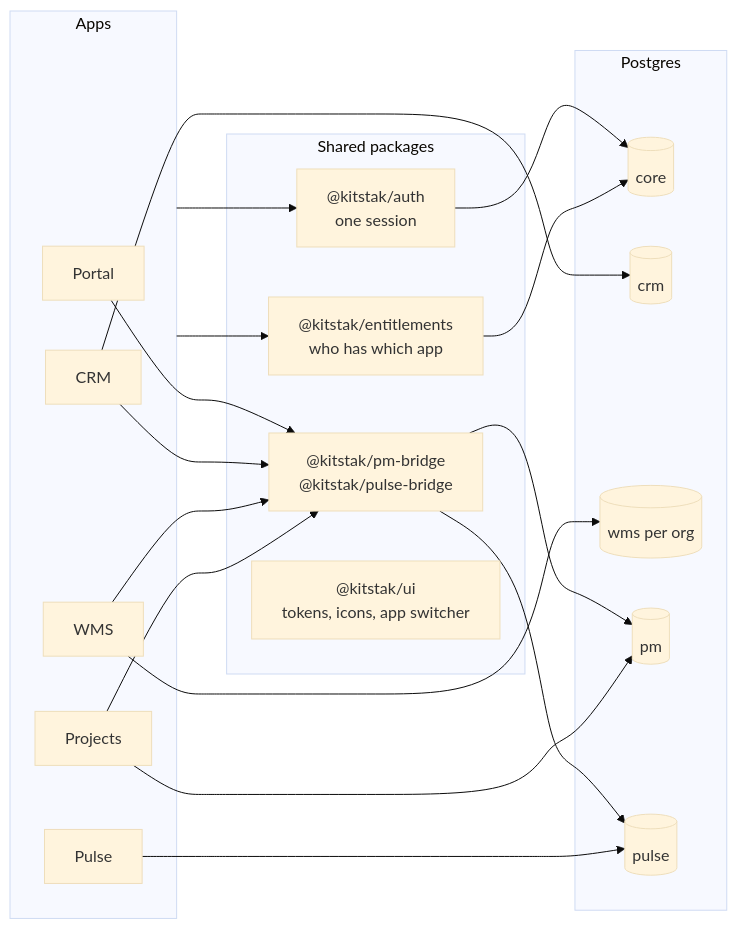
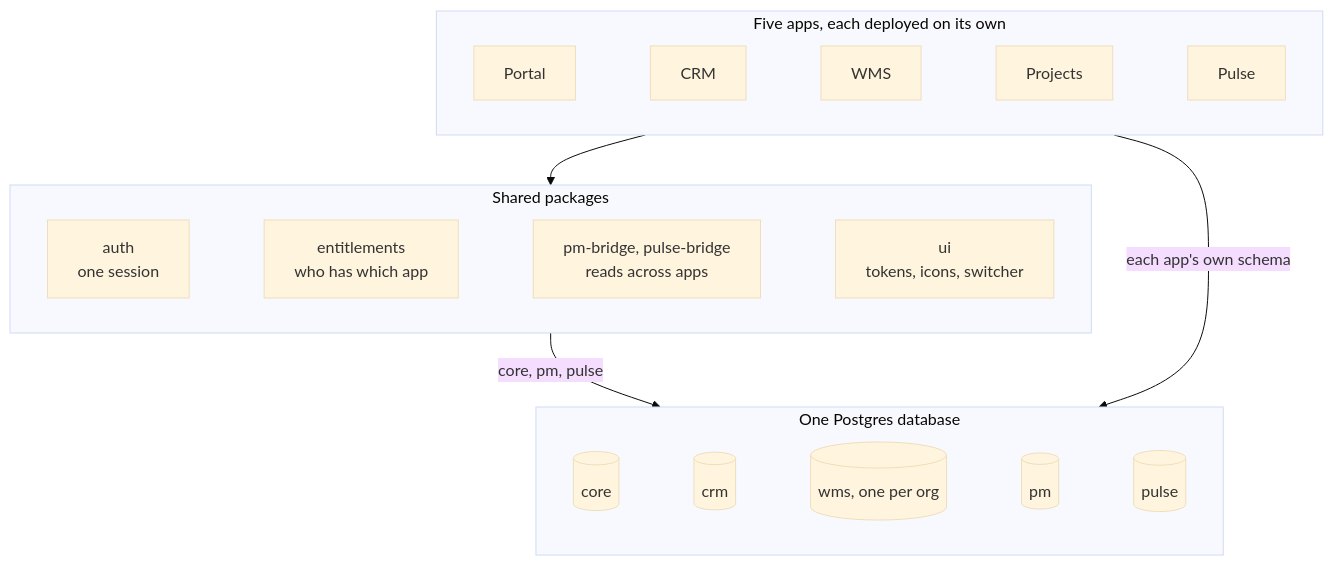
One commit to KitStak/kitstak-platform changed the diagram in README.md. Above: the diagram before and after it, drawn with Mermaid (base theme).

Commit message:
docs: simplify the README architecture diagram

````diff
--- a/README.md
+++ b/README.md
@@ -75,33 +75,21 @@
 ```mermaid
-flowchart LR
-  subgraph Apps
-    portal[Portal]
-    crm[CRM]
-    wms[WMS]
-    projects[Projects]
-    pulse[Pulse]
+flowchart TB
+  subgraph apps [Five apps, each deployed on its own]
+    direction LR
+    portal[Portal] ~~~ crm[CRM] ~~~ wms[WMS] ~~~ projects[Projects] ~~~ pulse[Pulse]
   end
 
   subgraph shared [Shared packages]
-    auth["@kitstak/auth<br/>one session"]
-    ent["@kitstak/entitlements<br/>who has which app"]
-    bridges["@kitstak/pm-bridge<br/>@kitstak/pulse-bridge"]
-    ui["@kitstak/ui<br/>tokens, icons, app switcher"]
+    direction LR
+    auth["auth<br/>one session"] ~~~ ent["entitlements<br/>who has which app"] ~~~ bridges["pm-bridge, pulse-bridge<br/>reads across apps"] ~~~ ui["ui<br/>tokens, icons, switcher"]
   end
 
-  subgraph Postgres
-    core[(core)]
-    crmdb[(crm)]
-    wmsdb[(wms per org)]
-    pm[(pm)]
-    pulsedb[(pulse)]
+  subgraph db [One Postgres database]
+    direction LR
+    core[(core)] ~~~ crmdb[(crm)] ~~~ wmsdb[(wms, one per org)] ~~~ pm[(pm)] ~~~ pulsedb[(pulse)]
   end
 
-  Apps --> auth --> core
-  Apps --> ent --> core
-  portal & crm & wms & projects --> bridges --> pm & pulsedb
-  crm --> crmdb
-  wms --> wmsdb
-  projects --> pm
-  pulse --> pulsedb
+  apps --> shared
+  shared -->|"core, pm, pulse"| db
+  apps -->|"each app's own schema"| db
 ```
````
